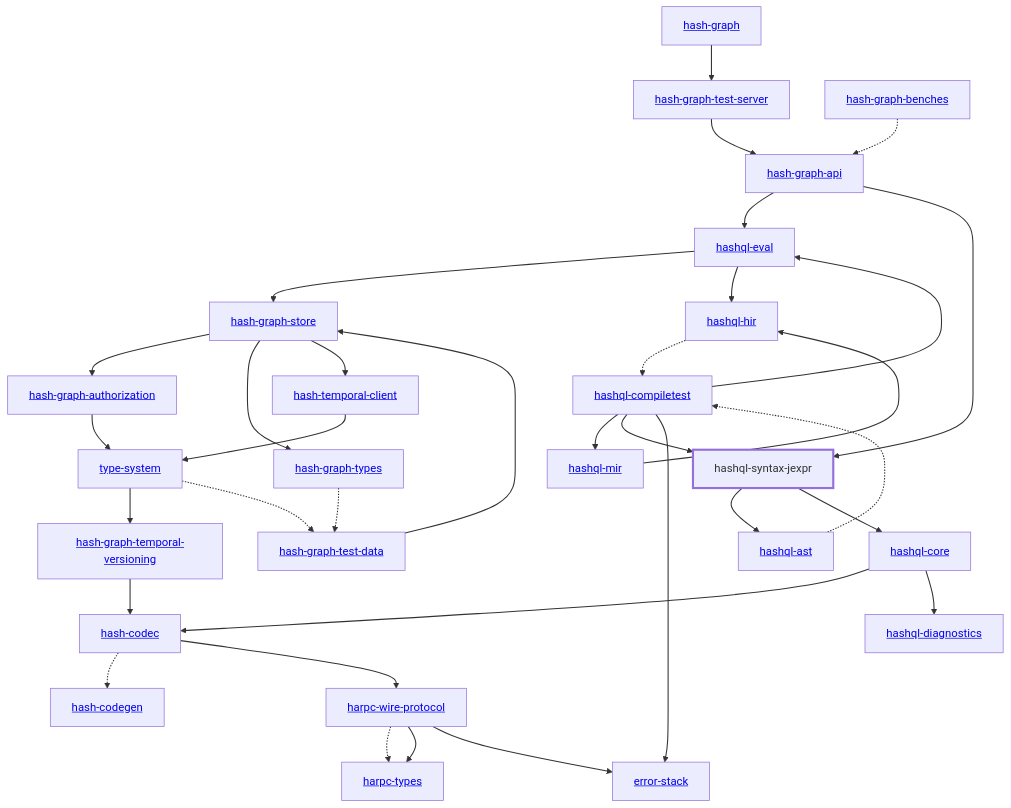
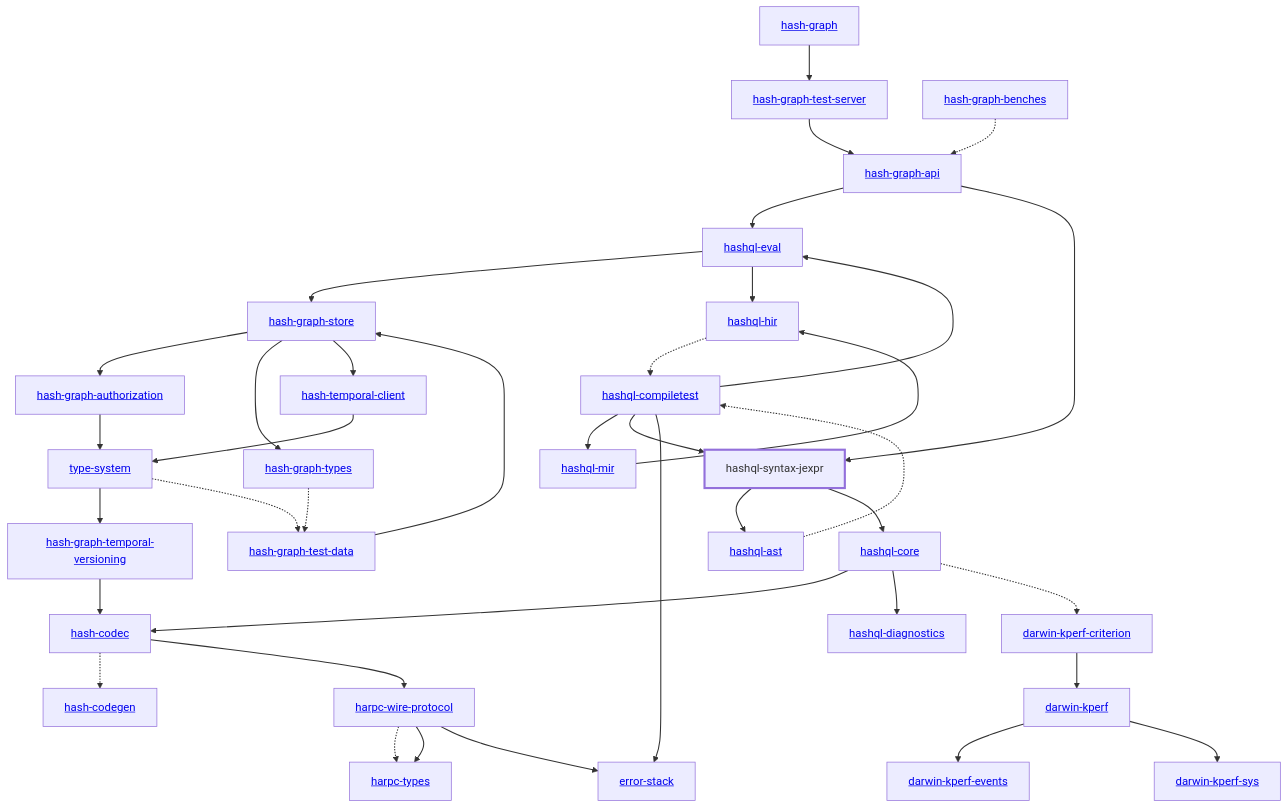
Before and after one commit to hashintel/hash: the diagram in libs/@local/hashql/syntax-jexpr/docs/dependency-diagram.mmd, drawn with Mermaid. The commit also changed 15 other files, not shown here.

Commit message:
chore: generate turborepo + dependency diagram

```diff
--- a/libs/@local/hashql/syntax-jexpr/docs/dependency-diagram.mmd
+++ b/libs/@local/hashql/syntax-jexpr/docs/dependency-diagram.mmd
@@ -1,68 +1,76 @@
 graph TD
     linkStyle default stroke-width:1.5px
     classDef default stroke-width:1px
     classDef root stroke-width:3px
     classDef dev stroke-width:1px
     classDef build stroke-width:1px
     %% Legend
     %% --> : Normal dependency
     %% -.-> : Dev dependency
     %% ---> : Build dependency
     0[<a href="../hash_graph/index.html">hash-graph</a>]
     1[<a href="../type_system/index.html">type-system</a>]
     2[<a href="../hash_codec/index.html">hash-codec</a>]
     3[<a href="../hash_codegen/index.html">hash-codegen</a>]
     4[<a href="../hash_graph_api/index.html">hash-graph-api</a>]
     5[<a href="../hash_graph_authorization/index.html">hash-graph-authorization</a>]
     6[<a href="../hash_graph_store/index.html">hash-graph-store</a>]
     7[<a href="../hash_graph_temporal_versioning/index.html">hash-graph-temporal-versioning</a>]
     8[<a href="../hash_graph_test_server/index.html">hash-graph-test-server</a>]
     9[<a href="../hash_graph_types/index.html">hash-graph-types</a>]
     10[<a href="../harpc_types/index.html">harpc-types</a>]
     11[<a href="../harpc_wire_protocol/index.html">harpc-wire-protocol</a>]
     12[<a href="../hashql_ast/index.html">hashql-ast</a>]
     13[<a href="../hashql_compiletest/index.html">hashql-compiletest</a>]
     14[<a href="../hashql_core/index.html">hashql-core</a>]
     15[<a href="../hashql_diagnostics/index.html">hashql-diagnostics</a>]
     16[<a href="../hashql_eval/index.html">hashql-eval</a>]
     17[<a href="../hashql_hir/index.html">hashql-hir</a>]
     18[<a href="../hashql_mir/index.html">hashql-mir</a>]
     19[hashql-syntax-jexpr]
     class 19 root
     20[<a href="../hash_temporal_client/index.html">hash-temporal-client</a>]
-    21[<a href="../error_stack/index.html">error-stack</a>]
-    22[<a href="../hash_graph_benches/index.html">hash-graph-benches</a>]
-    23[<a href="../hash_graph_test_data/index.html">hash-graph-test-data</a>]
+    21[<a href="../darwin_kperf/index.html">darwin-kperf</a>]
+    22[<a href="../darwin_kperf_criterion/index.html">darwin-kperf-criterion</a>]
+    23[<a href="../darwin_kperf_events/index.html">darwin-kperf-events</a>]
+    24[<a href="../darwin_kperf_sys/index.html">darwin-kperf-sys</a>]
+    25[<a href="../error_stack/index.html">error-stack</a>]
+    26[<a href="../hash_graph_benches/index.html">hash-graph-benches</a>]
+    27[<a href="../hash_graph_test_data/index.html">hash-graph-test-data</a>]
     0 --> 8
     1 --> 7
-    1 -.-> 23
+    1 -.-> 27
     2 -.-> 3
     2 --> 11
     4 --> 16
     4 --> 19
     5 --> 1
     6 --> 5
     6 --> 9
     6 --> 20
     7 --> 2
     8 --> 4
-    9 -.-> 23
+    9 -.-> 27
     11 -.-> 10
     11 --> 10
-    11 --> 21
+    11 --> 25
     12 -.-> 13
     13 --> 16
     13 --> 18
     13 --> 19
-    13 --> 21
+    13 --> 25
     14 --> 2
     14 --> 15
+    14 -.-> 22
     16 --> 6
     16 --> 17
     17 -.-> 13
     18 --> 17
     19 --> 12
     19 --> 14
     20 --> 1
-    22 -.-> 4
-    23 --> 6
+    21 --> 23
+    21 --> 24
+    22 --> 21
+    26 -.-> 4
+    27 --> 6
```
